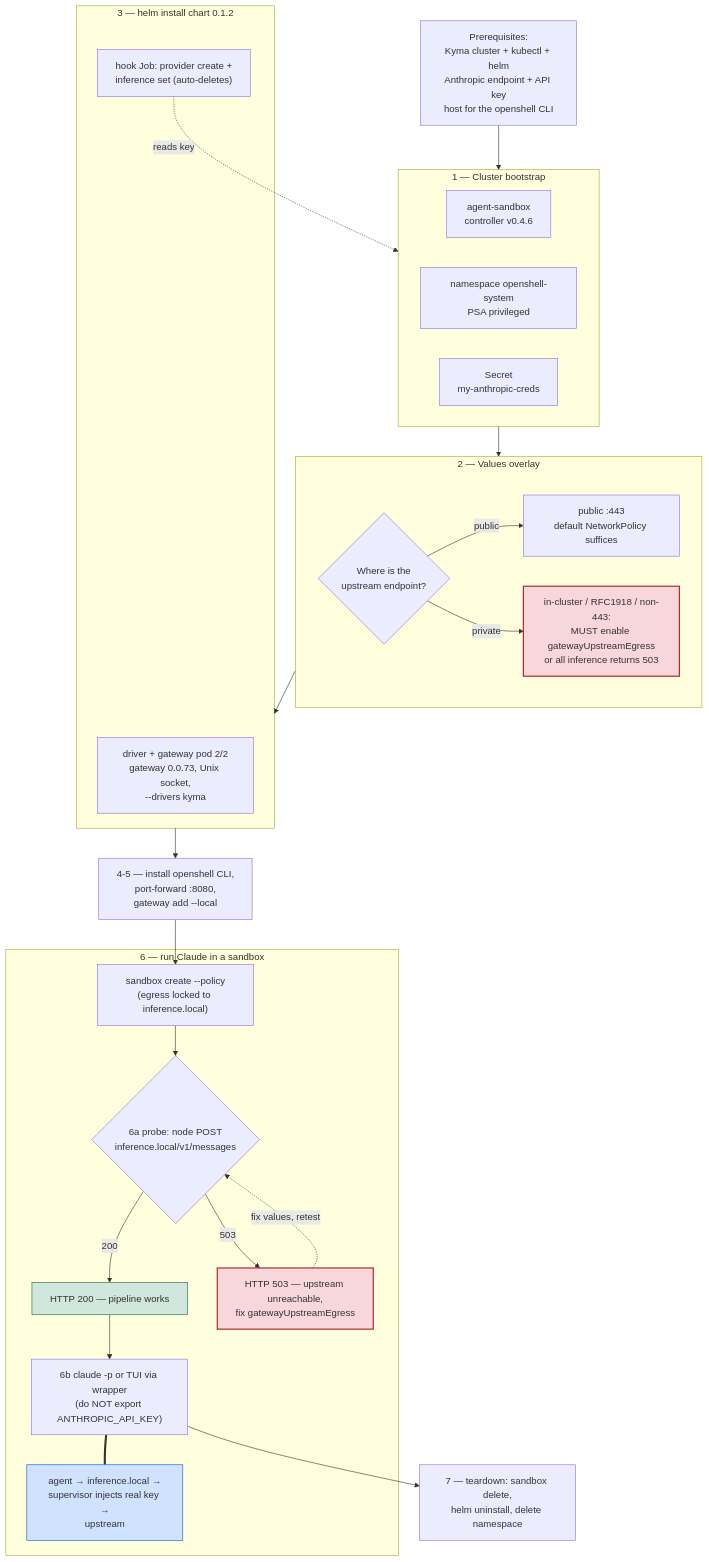
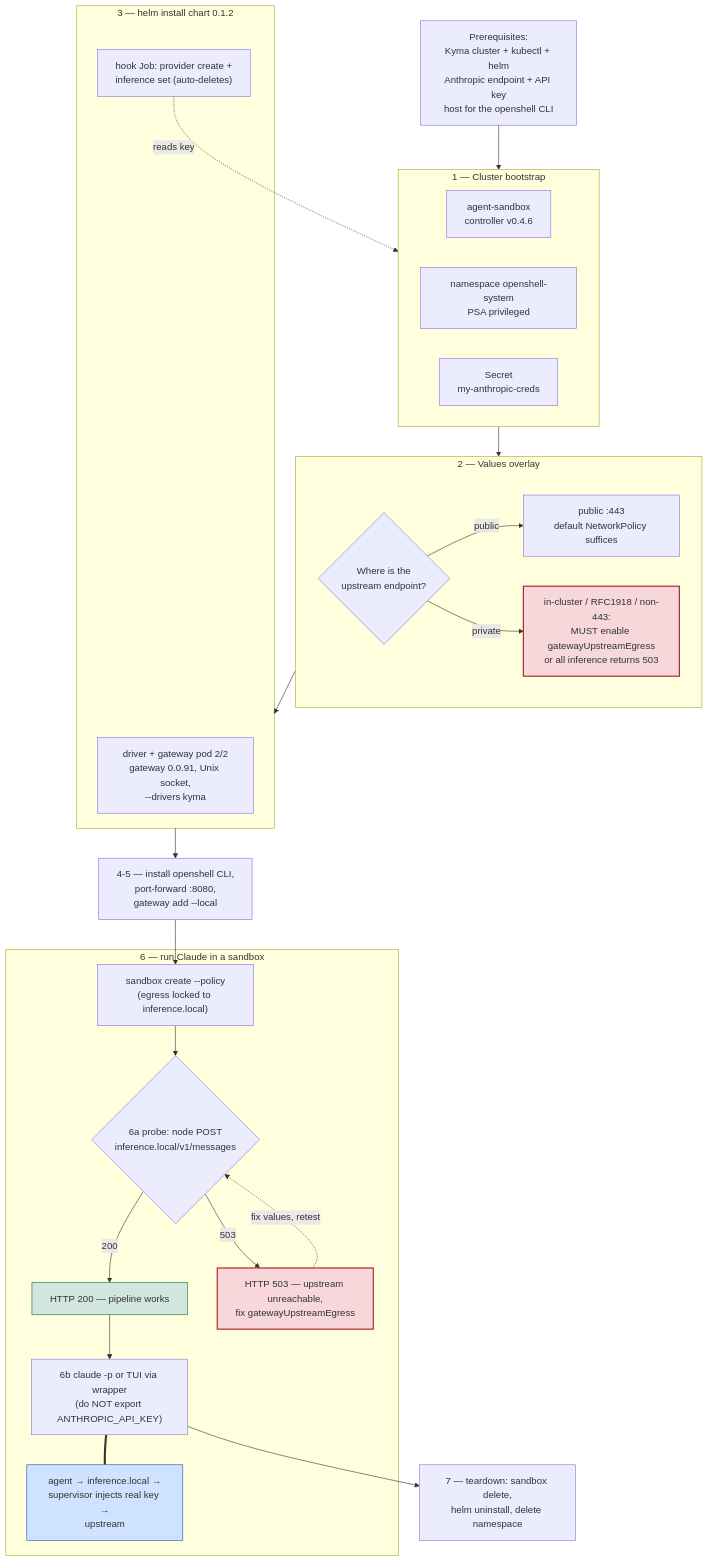
Before and after one commit to st-gr/openshell-driver-kyma: the diagram in docs/tutorial-anthropic-direct.md, drawn with Mermaid. The commit also changed other lines of this file and 6 other files, not shown here.

````diff
--- a/docs/tutorial-anthropic-direct.md
+++ b/docs/tutorial-anthropic-direct.md
@@ -8,56 +8,56 @@
 ```mermaid
 flowchart TB
     P["Prerequisites:<br/>Kyma cluster + kubectl + helm<br/>Anthropic endpoint + API key<br/>host for the openshell CLI"]
 
     subgraph S1["1 — Cluster bootstrap"]
         direction LR
         C1["agent-sandbox<br/>controller v0.4.6"]
         C2["namespace openshell-system<br/>PSA privileged"]
         C3["Secret<br/>my-anthropic-creds"]
     end
 
     subgraph S2["2 — Values overlay"]
         V{"Where is the<br/>upstream endpoint?"}
         VPUB["public :443<br/>default NetworkPolicy suffices"]
         VPRIV["in-cluster / RFC1918 / non-443:<br/>MUST enable gatewayUpstreamEgress<br/>or all inference returns 503"]
     end
 
     subgraph S3["3 — helm install chart 0.1.2"]
-        POD["driver + gateway pod 2/2<br/>gateway 0.0.73, Unix socket,<br/>--drivers kyma"]
+        POD["driver + gateway pod 2/2<br/>gateway 0.0.91, Unix socket,<br/>--drivers kyma"]
         HOOK["hook Job: provider create +<br/>inference set (auto-deletes)"]
     end
 
     S45["4-5 — install openshell CLI,<br/>port-forward :8080,<br/>gateway add --local"]
 
     subgraph S6["6 — run Claude in a sandbox"]
         CREATE["sandbox create --policy<br/>(egress locked to inference.local)"]
         PROBE{"6a probe: node POST<br/>inference.local/v1/messages"}
         OK["HTTP 200 — pipeline works"]
         E503["HTTP 503 — upstream unreachable,<br/>fix gatewayUpstreamEgress"]
         RUN["6b claude -p or TUI via wrapper<br/>(do NOT export ANTHROPIC_API_KEY)"]
         PATH["agent → inference.local →<br/>supervisor injects real key →<br/>upstream"]
     end
 
     S7["7 — teardown: sandbox delete,<br/>helm uninstall, delete namespace"]
 
     P --> S1
     S1 --> S2
     V -->|public| VPUB
     V -->|private| VPRIV
     S2 --> S3
     HOOK -.reads key.-> C3
     S3 --> S45
     S45 --> CREATE
     CREATE --> PROBE
     PROBE -->|200| OK
     OK --> RUN
     RUN === PATH
     PROBE -->|503| E503
     E503 -.fix values, retest.-> PROBE
     RUN --> S7
 
     style VPRIV fill:#f8d7da,stroke:#b02a37,stroke-width:2px
     style E503 fill:#f8d7da,stroke:#b02a37,stroke-width:2px
     style OK fill:#d1e7dd,stroke:#146c43
     style PATH fill:#cfe2ff,stroke:#0a58ca
 ```
````
